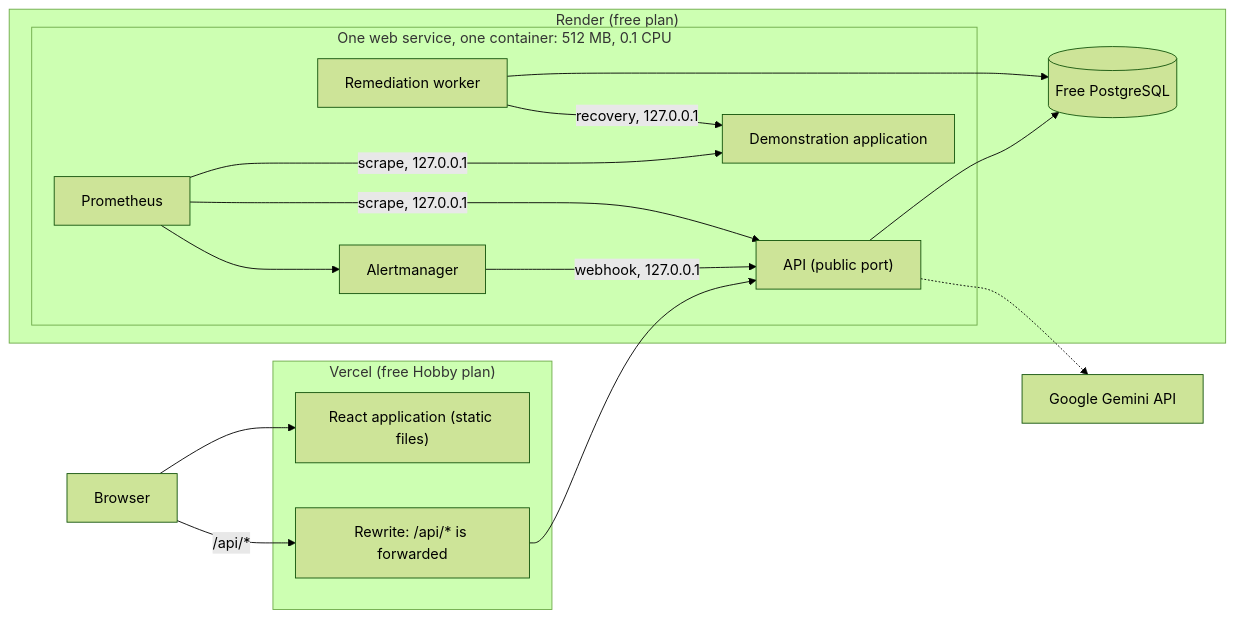
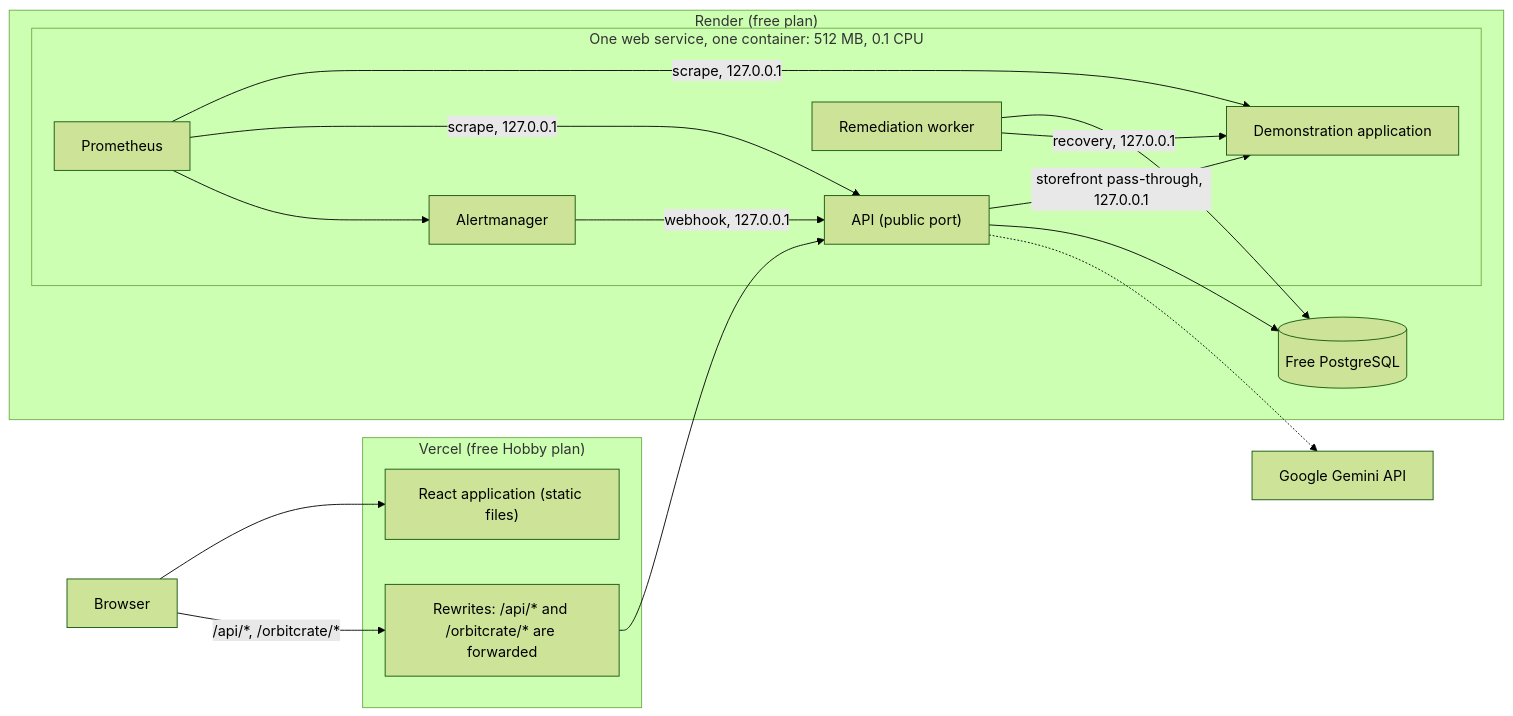
The diagram in docs/deployment-render-vercel.md (Gangadhar017/VigilOps), drawn with Mermaid (forest theme) before and after one commit. The commit also changed other lines of this file and 5 other files, not shown here.

````diff
--- a/docs/deployment-render-vercel.md
+++ b/docs/deployment-render-vercel.md
@@ -11,29 +11,30 @@
 ```mermaid
 flowchart LR
     browser["Browser"]
     subgraph vercel["Vercel (free Hobby plan)"]
         spa["React application (static files)"]
-        proxy["Rewrite: /api/* is forwarded"]
+        proxy["Rewrites: /api/* and /orbitcrate/* are forwarded"]
     end
     subgraph render["Render (free plan)"]
         subgraph container["One web service, one container: 512 MB, 0.1 CPU"]
             api["API (public port)"]
             worker["Remediation worker"]
             demo["Demonstration application"]
             prom["Prometheus"]
             am["Alertmanager"]
         end
         pg[("Free PostgreSQL")]
     end
     gemini["Google Gemini API"]
 
     browser --> spa
-    browser -->|"/api/*"| proxy --> api
+    browser -->|"/api/*, /orbitcrate/*"| proxy --> api
+    api -->|"storefront pass-through, 127.0.0.1"| demo
     api --> pg
     worker --> pg
     prom -->|"scrape, 127.0.0.1"| demo
     prom -->|"scrape, 127.0.0.1"| api
     prom --> am -->|"webhook, 127.0.0.1"| api
     worker -->|"recovery, 127.0.0.1"| demo
     api -.-> gemini
 ```
````
